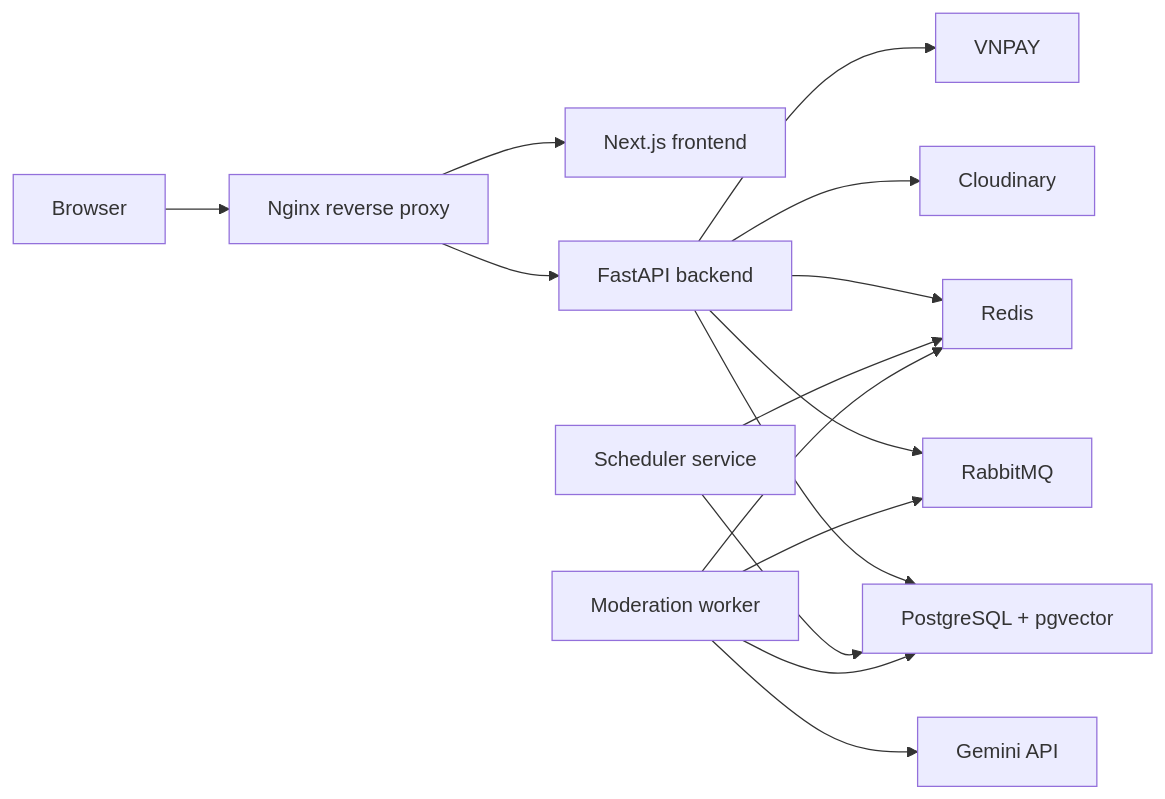
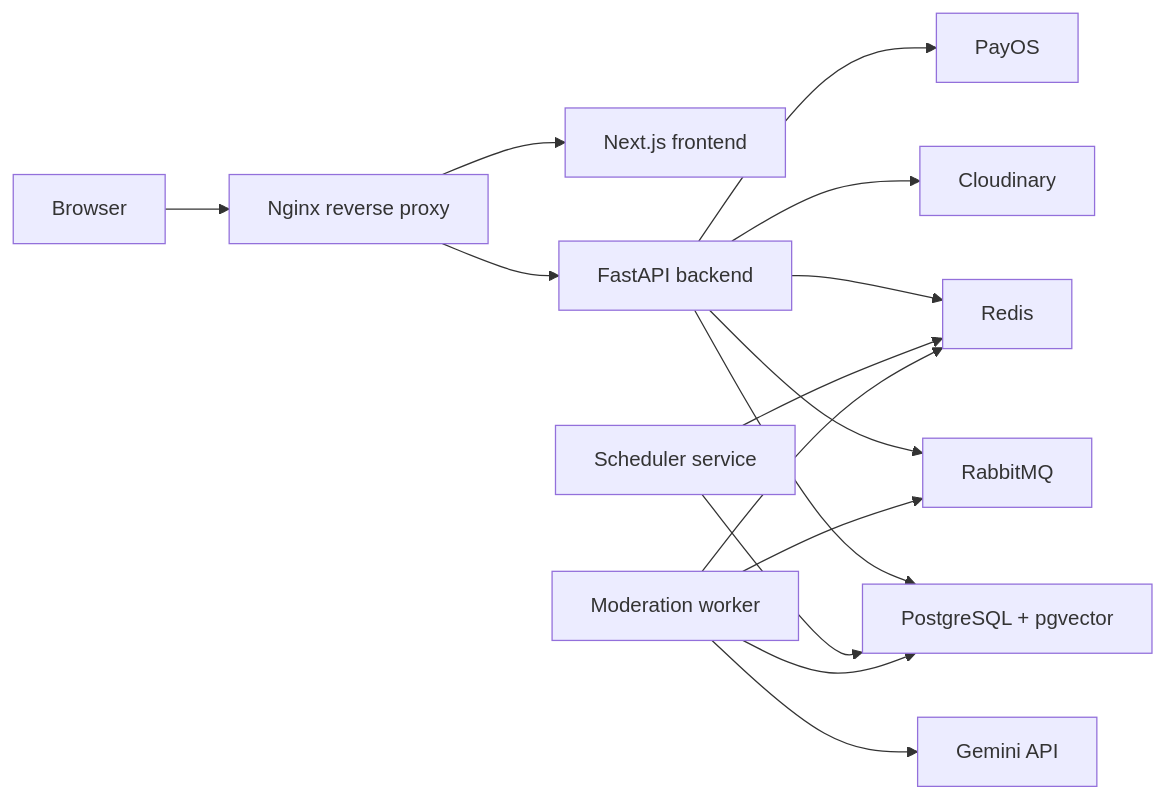
One commit to zeus058/YAG_WRITING_WEB changed the diagram in README.md. Above: the diagram before and after it, drawn with Mermaid. The commit also changed other lines of this file and 10 other files, not shown here.

Commit message:
feat(deployment): cleanup VNPAY leftovers, configure PayOS secrets in CI/CD pipeline, and update documentation

````diff
--- a/README.md
+++ b/README.md
@@ -62,30 +62,30 @@
 ```mermaid
 flowchart LR
     user["Browser"]
     nginx["Nginx reverse proxy"]
     frontend["Next.js frontend"]
     backend["FastAPI backend"]
     scheduler["Scheduler service"]
     worker["Moderation worker"]
     postgres["PostgreSQL + pgvector"]
     redis["Redis"]
     rabbit["RabbitMQ"]
     gemini["Gemini API"]
     cloudinary["Cloudinary"]
-    vnpay["VNPAY"]
+    payos["PayOS"]
 
     user --> nginx
     nginx --> frontend
     nginx --> backend
     backend --> postgres
     backend --> redis
     backend --> rabbit
     backend --> cloudinary
-    backend --> vnpay
+    backend --> payos
     scheduler --> postgres
     scheduler --> redis
     worker --> rabbit
     worker --> postgres
     worker --> redis
     worker --> gemini
 ```
````
